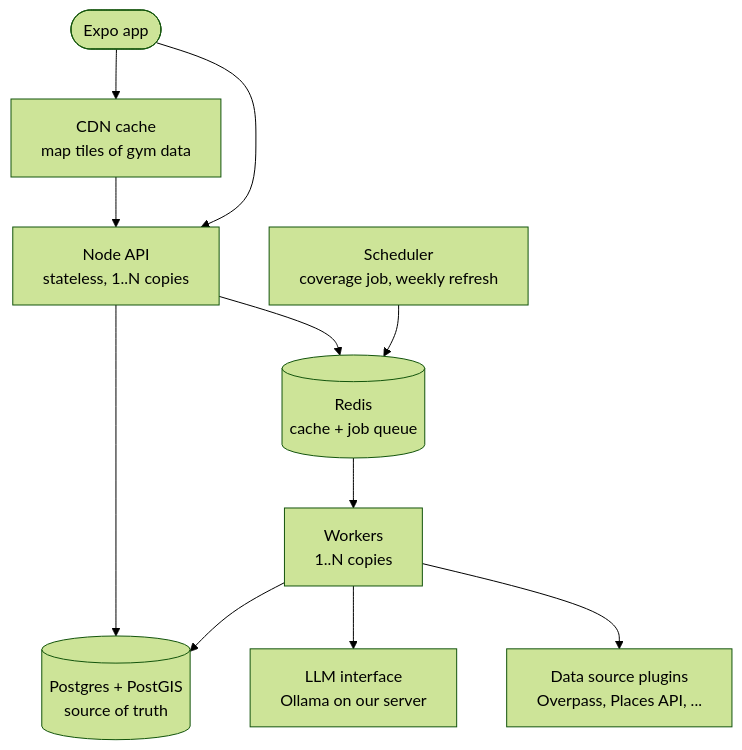
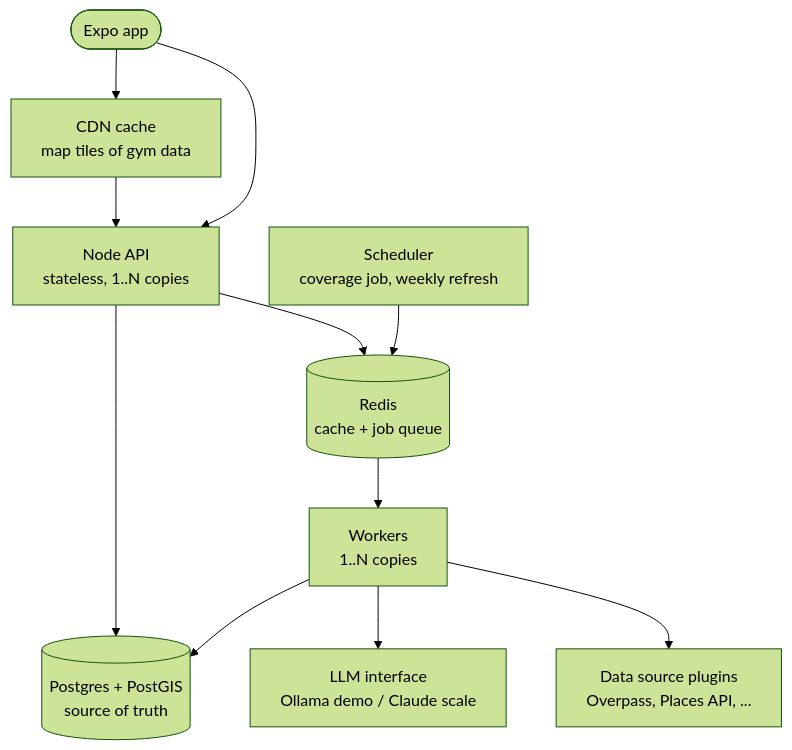
The third of 19 diagrams in DESIGN_DISCUSSION.md (AbsentLung/TravelApp), drawn with Mermaid (forest theme) before and after one commit. The commit also changed other lines of this file, not shown here.

First line of the commit message:
Add demo/scale modes to design discussion

````diff
--- a/DESIGN_DISCUSSION.md
+++ b/DESIGN_DISCUSSION.md
@@ -77,13 +77,13 @@
 ```mermaid
 flowchart TB
     App([Expo app]) --> CDN[CDN cache<br/>map tiles of gym data]
     CDN --> API
     App --> API[Node API<br/>stateless, 1..N copies]
     API --> RC[(Redis<br/>cache + job queue)]
     API --> PG[(Postgres + PostGIS<br/>source of truth)]
     RC --> W[Workers<br/>1..N copies]
     W --> PG
-    W --> LLM[LLM interface<br/>Ollama on our server]
+    W --> LLM[LLM interface<br/>Ollama demo / Claude scale]
     W --> SRCS[Data source plugins<br/>Overpass, Places API, ...]
     SCH[Scheduler<br/>coverage job, weekly refresh] --> RC
 ```
````
